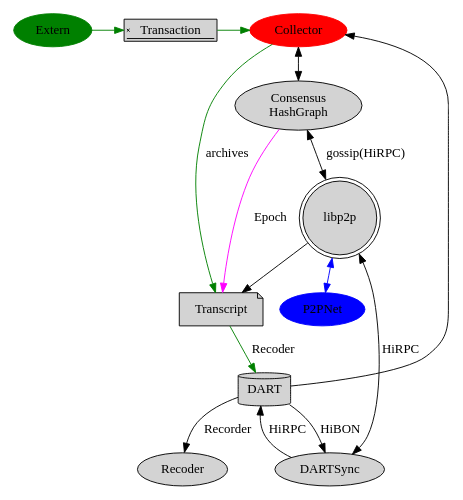
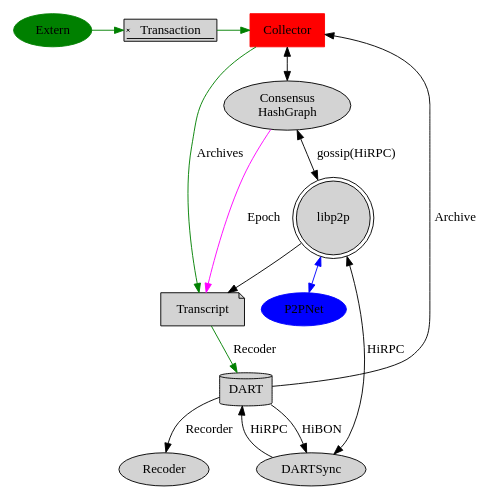
One commit to tagion/tagion changed the fourth of 4 diagrams in documents/Network_Architecture.md. Above: the diagram before and after it, drawn with Graphviz. The commit also changed other lines of this file and 16 other files, not shown here.

````diff
--- a/documents/Network_Architecture.md
+++ b/documents/Network_Architecture.md
@@ -131,32 +131,32 @@
 ```graphviz
 digraph tagion_hierarchy {
     rankdir=UD;
     size="8,5"
    node [style=filled]
 
 P2PNet [shape = ellipse color = blue]
 DART [shape = cylinder]
 Transaction [shape = signature]
 Transcript [shape = note]
 Extern [share = rarrow color = green pos ="-1,0!" ]
 libp2p [shape = doublecircle];
 Consensus [label = "Consensus\nHashGraph"]
 Recoder [sharp = tab];
-Collector [color = red]
+Collector [color = red shape=rect]
 { rank = min; Extern; Transaction; Collector }
 
 	Extern -> Transaction -> Collector [ color = green];
 	Consensus->libp2p [label = "gossip(HiRPC)" dir = both]
     Consensus -> Transcript [ label = Epoch color = magenta]
 	Transcript -> DART [ label = Recoder color = green];
-	DARTSync -> libp2p [label = HiRPC dir =both];
+	DARTSync -> libp2p [ label = HiRPC dir =both ];
 	DARTSync -> DART  [ label = HiRPC]
 	DART -> DARTSync [ label = HiBON ]
 	DART -> Recoder [ label = Recorder];
     Consensus -> Collector [dir=both];
-	DART -> Collector ;
-	Collector -> Transcript [color = green label=archives];
+	DART -> Collector [label = Archive];
+	Collector -> Transcript [color = green label=Archives];
 	libp2p -> Transcript;
 	libp2p -> P2PNet [dir = both color =blue];
 }
 ```
````
